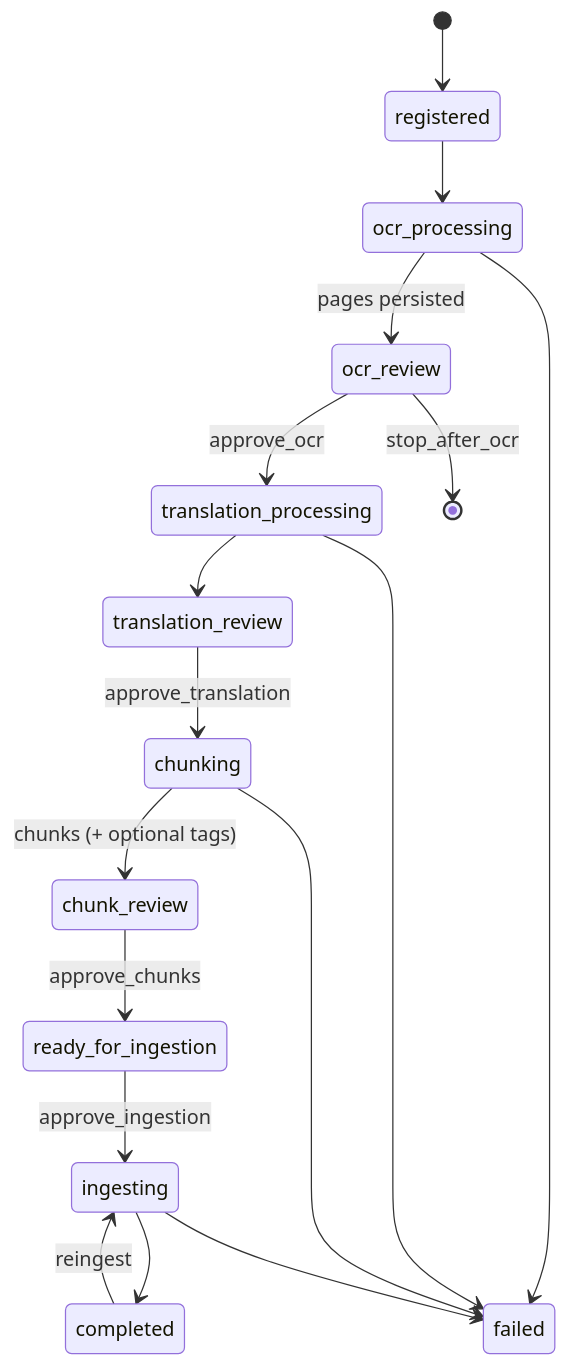
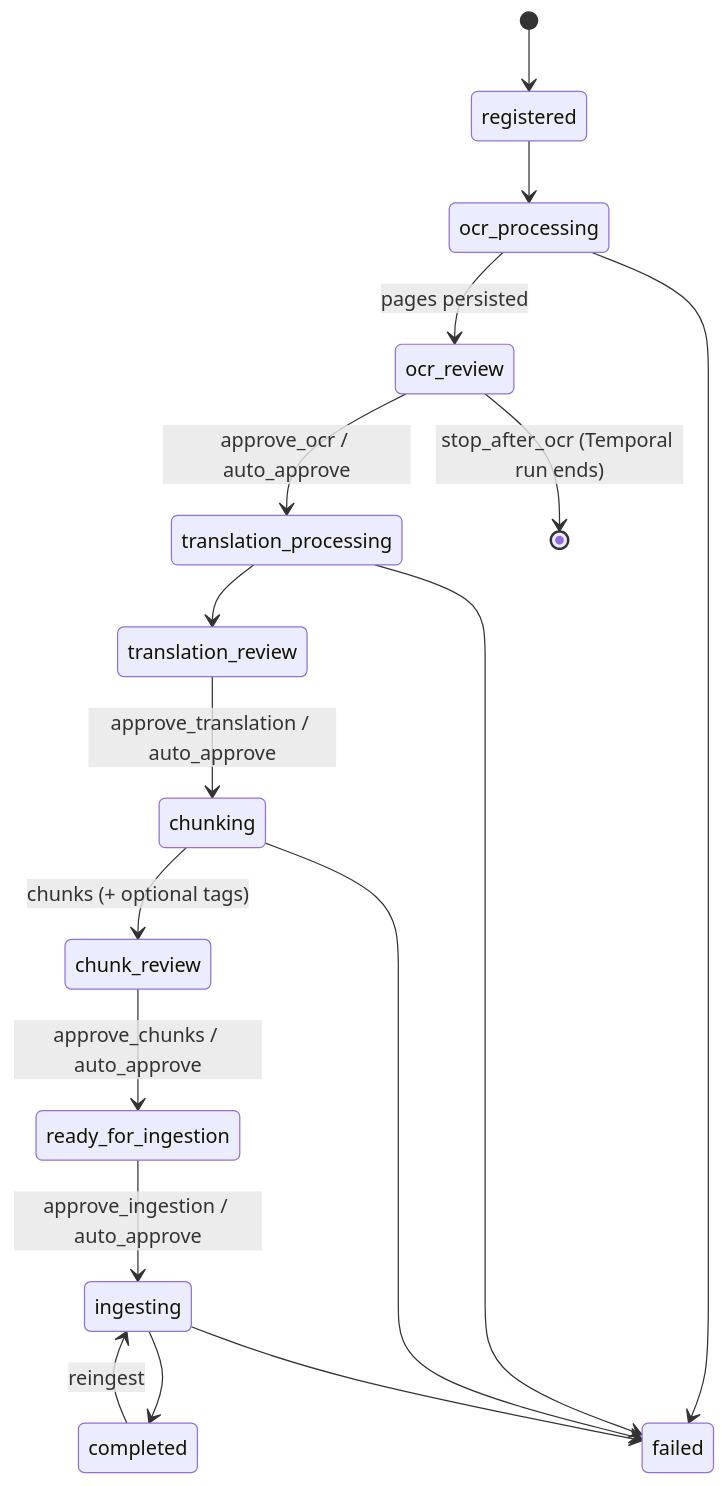
The diagram in docs/ingestion-pipeline-design.md (OpenAgriNet/docs-pipeline), drawn with Mermaid before and after one commit. The commit also changed other lines of this file and 1 other file, not shown here.

First line of the commit message:
Correct pipeline flow and API contract docs against live handlers.

````diff
--- a/docs/ingestion-pipeline-design.md
+++ b/docs/ingestion-pipeline-design.md
@@ -84,24 +86,24 @@
 ```mermaid
 stateDiagram-v2
     [*] --> registered
     registered --> ocr_processing
     ocr_processing --> ocr_review: pages persisted
     ocr_processing --> failed
 
-    ocr_review --> translation_processing: approve_ocr
-    ocr_review --> [*]: stop_after_ocr
+    ocr_review --> translation_processing: approve_ocr / auto_approve
+    ocr_review --> [*]: stop_after_ocr (Temporal run ends)
 
     translation_processing --> translation_review
     translation_processing --> failed
 
-    translation_review --> chunking: approve_translation
+    translation_review --> chunking: approve_translation / auto_approve
     chunking --> chunk_review: chunks (+ optional tags)
     chunking --> failed
 
-    chunk_review --> ready_for_ingestion: approve_chunks
-    ready_for_ingestion --> ingesting: approve_ingestion
+    chunk_review --> ready_for_ingestion: approve_chunks / auto_approve
+    ready_for_ingestion --> ingesting: approve_ingestion / auto_approve
     ingesting --> completed
     ingesting --> failed
 
     completed --> ingesting: reingest
 ```
````
